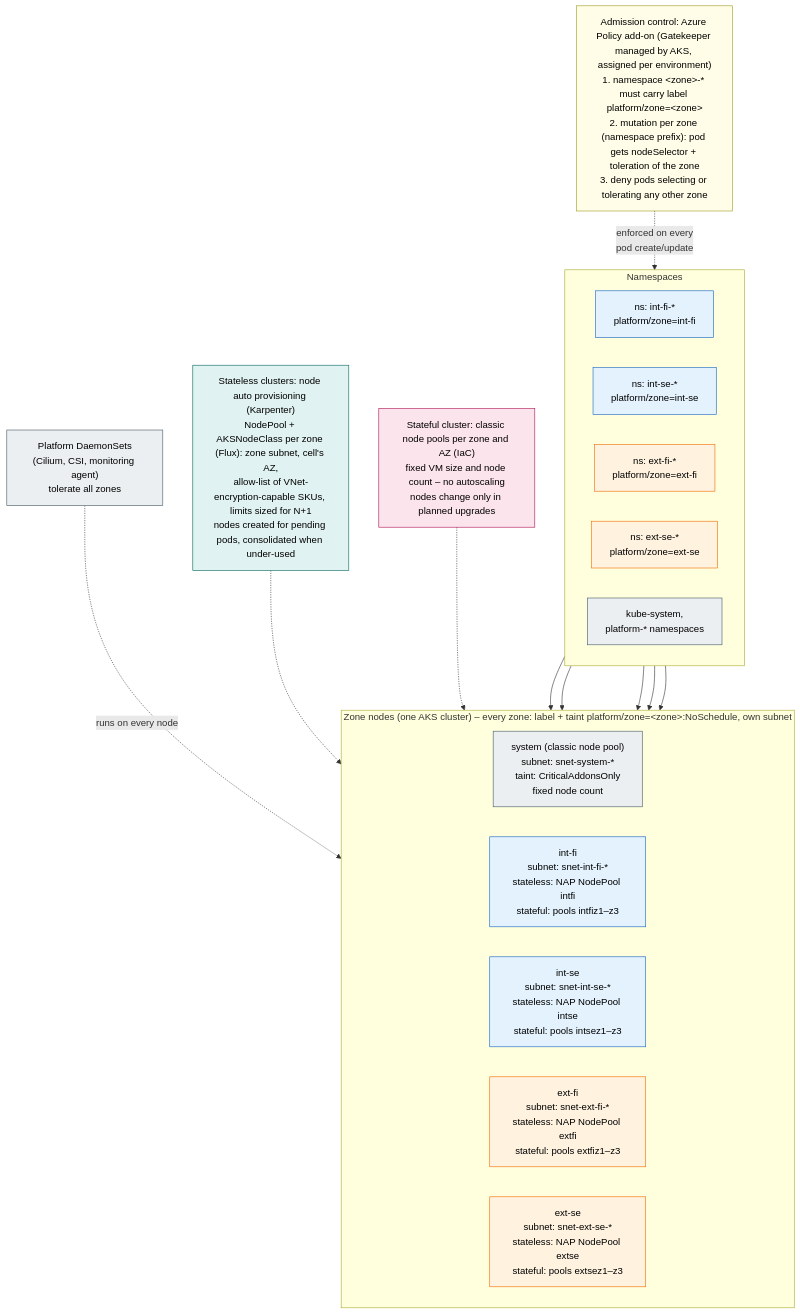
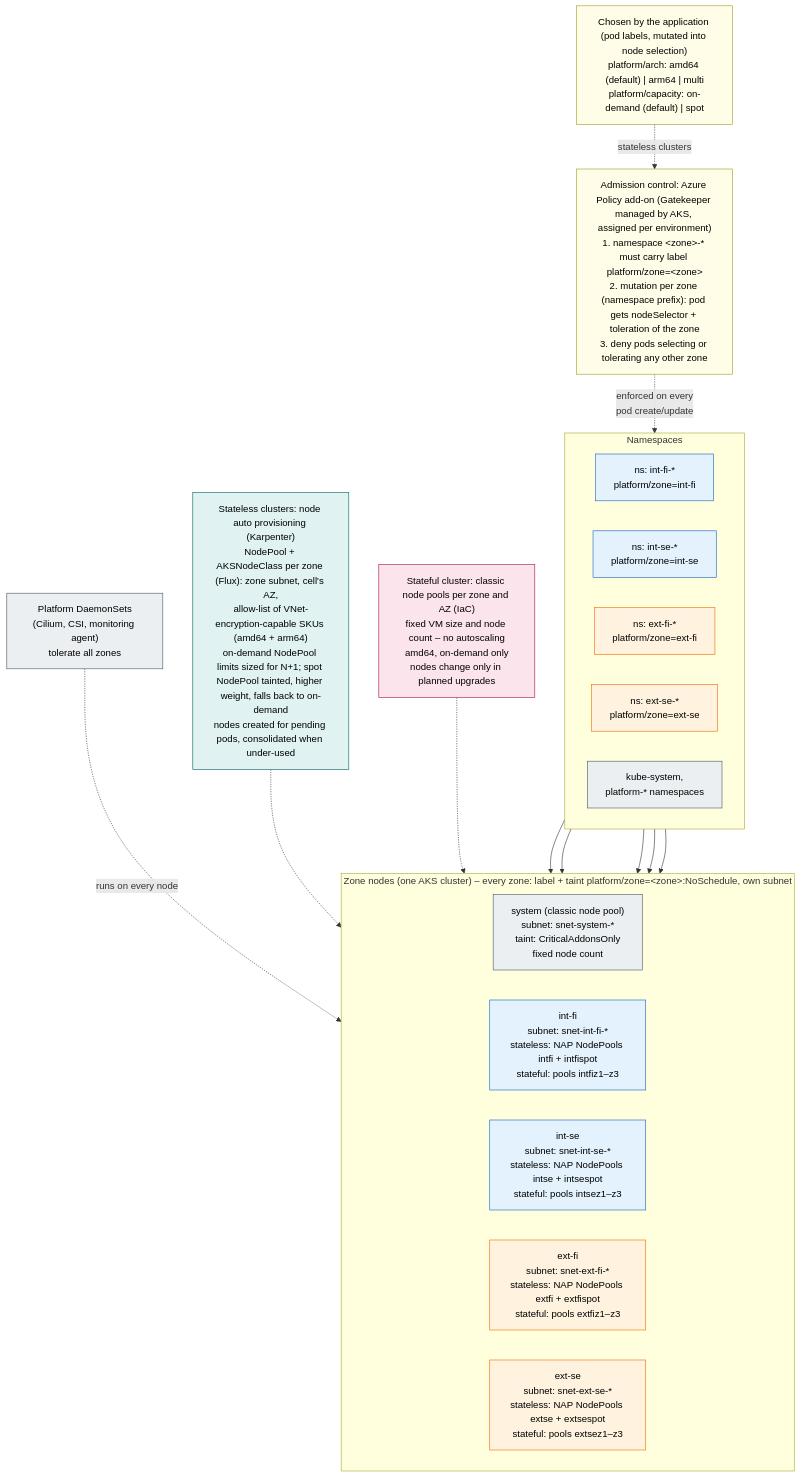
One commit to olljanat-ai/aks-design changed the diagram in diagrams/04-node-pools.mmd. Above: the diagram before and after it, drawn with Mermaid. The commit also changed 5 other files, not shown here.

First line of the commit message:
Let applications choose amd64/arm64 and on-demand/spot nodes

```diff
--- a/diagrams/04-node-pools.mmd
+++ b/diagrams/04-node-pools.mmd
@@ -1,50 +1,52 @@
 %% Nodes per zone: scheduling isolation with labels, taints and admission control.
 %% Stateless clusters get zone nodes from node auto provisioning (NAP); the stateful cluster uses fixed-size node pools.
 flowchart TB
     adm["Admission control: Azure Policy add-on (Gatekeeper managed by AKS, assigned per environment)<br/>1. namespace &lt;zone&gt;-* must carry label platform/zone=&lt;zone&gt;<br/>2. mutation per zone (namespace prefix): pod gets nodeSelector + toleration of the zone<br/>3. deny pods selecting or tolerating any other zone"]
 
     subgraph NS["Namespaces"]
         direction LR
         ns_ifi["ns: int-fi-*<br/>platform/zone=int-fi"]
         ns_ise["ns: int-se-*<br/>platform/zone=int-se"]
         ns_efi["ns: ext-fi-*<br/>platform/zone=ext-fi"]
         ns_ese["ns: ext-se-*<br/>platform/zone=ext-se"]
         ns_sys["kube-system,<br/>platform-* namespaces"]
     end
 
     subgraph POOLS["Zone nodes (one AKS cluster) – every zone: label + taint platform/zone=&lt;zone&gt;:NoSchedule, own subnet"]
         direction LR
         p_sys["system (classic node pool)<br/>subnet: snet-system-*<br/>taint: CriticalAddonsOnly<br/>fixed node count"]
-        p_ifi["int-fi<br/>subnet: snet-int-fi-*<br/>stateless: NAP NodePool intfi<br/>stateful: pools intfiz1–z3"]
-        p_ise["int-se<br/>subnet: snet-int-se-*<br/>stateless: NAP NodePool intse<br/>stateful: pools intsez1–z3"]
-        p_efi["ext-fi<br/>subnet: snet-ext-fi-*<br/>stateless: NAP NodePool extfi<br/>stateful: pools extfiz1–z3"]
-        p_ese["ext-se<br/>subnet: snet-ext-se-*<br/>stateless: NAP NodePool extse<br/>stateful: pools extsez1–z3"]
+        p_ifi["int-fi<br/>subnet: snet-int-fi-*<br/>stateless: NAP NodePools intfi + intfispot<br/>stateful: pools intfiz1–z3"]
+        p_ise["int-se<br/>subnet: snet-int-se-*<br/>stateless: NAP NodePools intse + intsespot<br/>stateful: pools intsez1–z3"]
+        p_efi["ext-fi<br/>subnet: snet-ext-fi-*<br/>stateless: NAP NodePools extfi + extfispot<br/>stateful: pools extfiz1–z3"]
+        p_ese["ext-se<br/>subnet: snet-ext-se-*<br/>stateless: NAP NodePools extse + extsespot<br/>stateful: pools extsez1–z3"]
     end
 
     adm -.->|"enforced on every<br/>pod create/update"| NS
     ns_sys --> p_sys
     ns_ifi --> p_ifi
     ns_ise --> p_ise
     ns_efi --> p_efi
     ns_ese --> p_ese
 
     ds["Platform DaemonSets<br/>(Cilium, CSI, monitoring agent)<br/>tolerate all zones"]
     ds -.->|"runs on every node"| POOLS
 
-    nap["Stateless clusters: node auto provisioning (Karpenter)<br/>NodePool + AKSNodeClass per zone (Flux): zone subnet, cell's AZ,<br/>allow-list of VNet-encryption-capable SKUs, limits sized for N+1<br/>nodes created for pending pods, consolidated when under-used"]
-    fix["Stateful cluster: classic node pools per zone and AZ (IaC)<br/>fixed VM size and node count – no autoscaling<br/>nodes change only in planned upgrades"]
+    nap["Stateless clusters: node auto provisioning (Karpenter)<br/>NodePool + AKSNodeClass per zone (Flux): zone subnet, cell's AZ,<br/>allow-list of VNet-encryption-capable SKUs (amd64 + arm64)<br/>on-demand NodePool limits sized for N+1; spot NodePool tainted, higher weight, falls back to on-demand<br/>nodes created for pending pods, consolidated when under-used"]
+    choice["Chosen by the application (pod labels, mutated into node selection)<br/>platform/arch: amd64 (default) | arm64 | multi<br/>platform/capacity: on-demand (default) | spot"]
+    choice -.->|"stateless clusters"| adm
+    fix["Stateful cluster: classic node pools per zone and AZ (IaC)<br/>fixed VM size and node count – no autoscaling<br/>amd64, on-demand only<br/>nodes change only in planned upgrades"]
     nap -.-> POOLS
     fix -.-> POOLS
 
     classDef cp fill:#eceff1,stroke:#455a64,color:#000
     classDef int fill:#e3f2fd,stroke:#1565c0,color:#000
     classDef ext fill:#fff3e0,stroke:#ef6c00,color:#000
     classDef note fill:#fffde7,stroke:#9e9d24,color:#000
     classDef sl fill:#e0f2f1,stroke:#00695c,color:#000
     classDef sf fill:#fce4ec,stroke:#ad1457,color:#000
     class p_sys,ns_sys,ds cp
     class p_ifi,p_ise,ns_ifi,ns_ise int
     class p_efi,p_ese,ns_efi,ns_ese ext
-    class adm note
+    class adm,choice note
     class nap sl
     class fix sf
```
